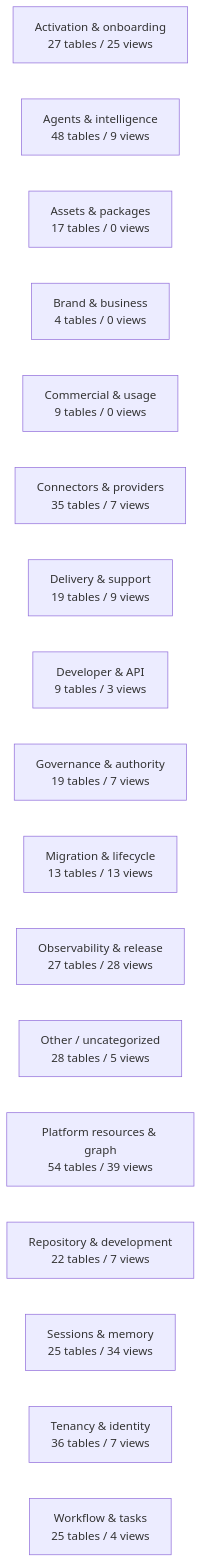
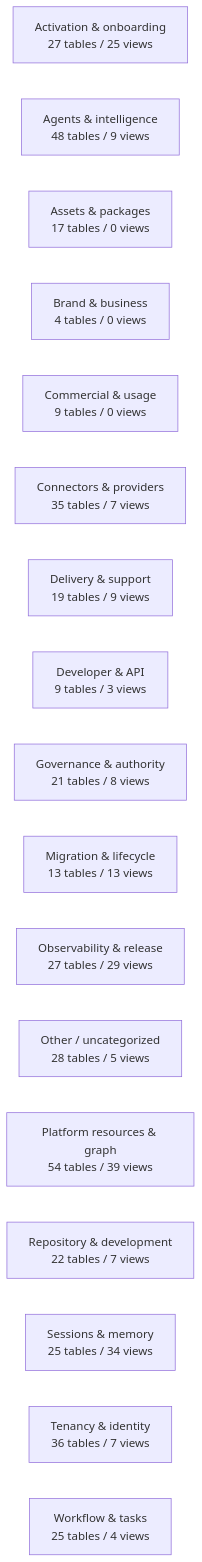
The diagram in docs/work-maps/data-model-domain-map.md (mad4bdigital-ai/multi-business-multi-role-growth-intelligence-os), drawn with Mermaid before and after one commit. The commit also changed other lines of this file and 2 other files, not shown here.

````diff
--- a/docs/work-maps/data-model-domain-map.md
+++ b/docs/work-maps/data-model-domain-map.md
@@ -9,20 +9,20 @@
 ```mermaid
 flowchart LR
   n_Activation___onboarding["Activation & onboarding<br/>27 tables / 25 views"]
   n_Agents___intelligence["Agents & intelligence<br/>48 tables / 9 views"]
   n_Assets___packages["Assets & packages<br/>17 tables / 0 views"]
   n_Brand___business["Brand & business<br/>4 tables / 0 views"]
   n_Commercial___usage["Commercial & usage<br/>9 tables / 0 views"]
   n_Connectors___providers["Connectors & providers<br/>35 tables / 7 views"]
   n_Delivery___support["Delivery & support<br/>19 tables / 9 views"]
   n_Developer___API["Developer & API<br/>9 tables / 3 views"]
-  n_Governance___authority["Governance & authority<br/>19 tables / 7 views"]
+  n_Governance___authority["Governance & authority<br/>21 tables / 8 views"]
   n_Migration___lifecycle["Migration & lifecycle<br/>13 tables / 13 views"]
-  n_Observability___release["Observability & release<br/>27 tables / 28 views"]
+  n_Observability___release["Observability & release<br/>27 tables / 29 views"]
   n_Other___uncategorized["Other / uncategorized<br/>28 tables / 5 views"]
   n_Platform_resources___graph["Platform resources & graph<br/>54 tables / 39 views"]
   n_Repository___development["Repository & development<br/>22 tables / 7 views"]
   n_Sessions___memory["Sessions & memory<br/>25 tables / 34 views"]
   n_Tenancy___identity["Tenancy & identity<br/>36 tables / 7 views"]
   n_Workflow___tasks["Workflow & tasks<br/>25 tables / 4 views"]
 ```
````
